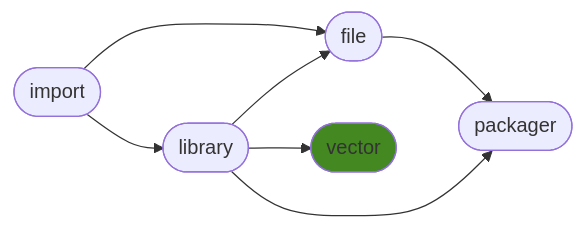
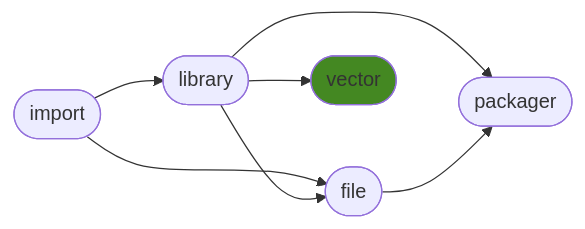
Before and after one commit to ManderaGeneral/generalvector: the diagram in README.md, drawn with Mermaid. The commit also changed other lines of this file, not shown here.

````diff
--- a/README.md
+++ b/README.md
@@ -24,15 +24,15 @@
 ```mermaid
 flowchart LR
-2([file]) --> 4([packager])
-1([library]) --> 2([file])
 0([import]) --> 2([file])
 1([library]) --> 3([vector])
 1([library]) --> 4([packager])
 0([import]) --> 1([library])
+1([library]) --> 2([file])
+2([file]) --> 4([packager])
 click 0 "https://github.com/ManderaGeneral/generalimport"
 click 1 "https://github.com/ManderaGeneral/generallibrary"
 click 2 "https://github.com/ManderaGeneral/generalfile"
 click 3 "https://github.com/ManderaGeneral/generalvector"
 click 4 "https://github.com/ManderaGeneral/generalpackager"
 style 3 fill:#482
 ```
````
